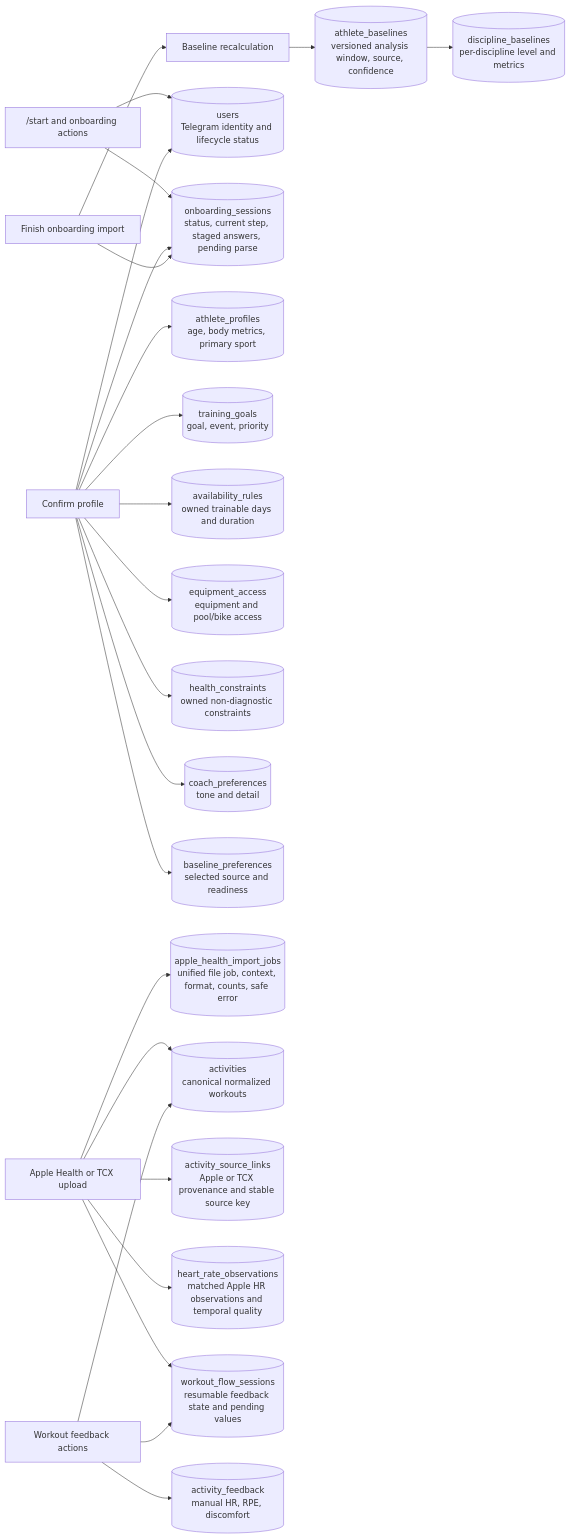
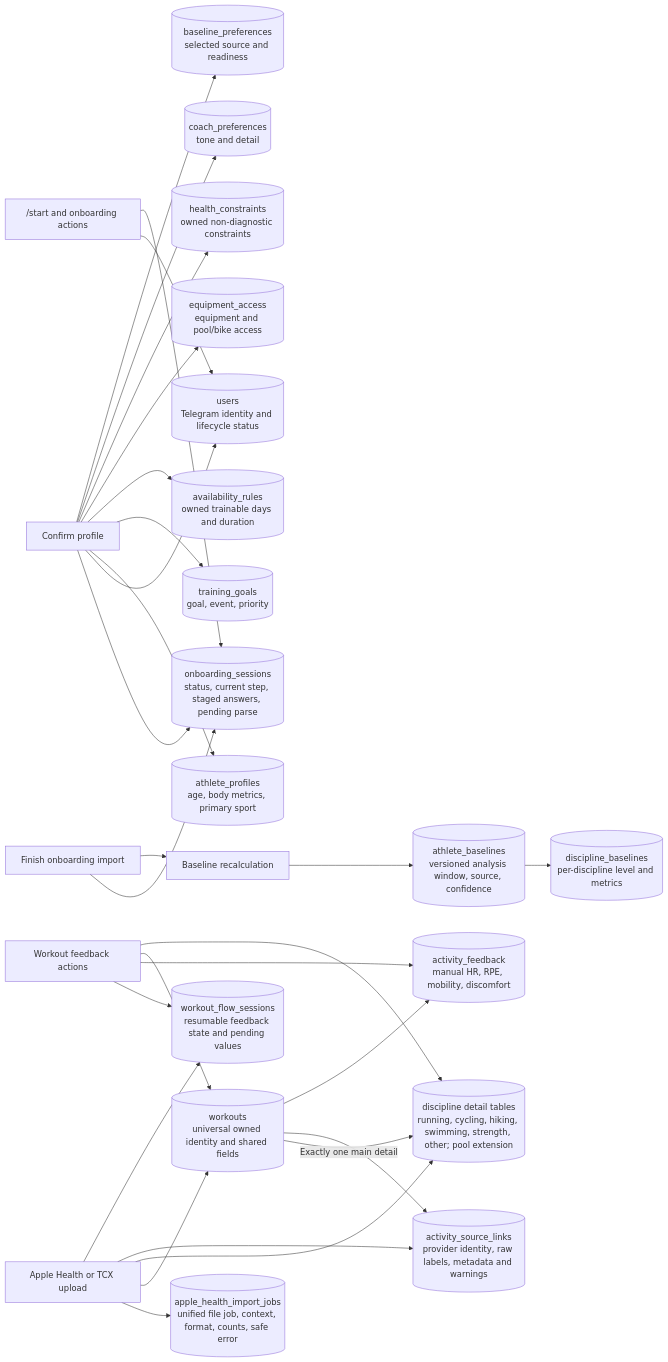
Before and after one commit to tinips/adaptive_training_coach: the seventh of 8 diagrams in docs/current-product-flow.md, drawn with Mermaid. The commit also changed other lines of this file and 52 other files, not shown here.

````diff
--- a/docs/current-product-flow.md
+++ b/docs/current-product-flow.md
@@ -544,51 +613,55 @@
 ```mermaid
 flowchart LR
     p_start["/start and onboarding actions"]
     p_confirm["Confirm profile"]
     p_upload["Apple Health or TCX upload"]
     p_finish["Finish onboarding import"]
     p_feedback["Workout feedback actions"]
     p_baseline["Baseline recalculation"]
 
     t_users[("users<br/>Telegram identity and lifecycle status")]
     t_onboarding[("onboarding_sessions<br/>status, current step, staged answers, pending parse")]
     t_profile[("athlete_profiles<br/>age, body metrics, primary sport")]
     t_goals[("training_goals<br/>goal, event, priority")]
     t_availability[("availability_rules<br/>owned trainable days and duration")]
     t_equipment[("equipment_access<br/>equipment and pool/bike access")]
     t_health[("health_constraints<br/>owned non-diagnostic constraints")]
     t_coach[("coach_preferences<br/>tone and detail")]
     t_pref[("baseline_preferences<br/>selected source and readiness")]
     t_jobs[("apple_health_import_jobs<br/>unified file job, context, format, counts, safe error")]
-    t_activities[("activities<br/>canonical normalized workouts")]
-    t_links[("activity_source_links<br/>Apple or TCX provenance and stable source key")]
-    t_hr[("heart_rate_observations<br/>matched Apple HR observations and temporal quality")]
+    t_workouts[("workouts<br/>universal owned identity and shared fields")]
+    t_details[("discipline detail tables<br/>running, cycling, hiking, swimming, strength, other; pool extension")]
+    t_links[("activity_source_links<br/>provider identity, raw labels, metadata and warnings")]
     t_flow[("workout_flow_sessions<br/>resumable feedback state and pending values")]
-    t_feedback[("activity_feedback<br/>manual HR, RPE, discomfort")]
+    t_feedback[("activity_feedback<br/>manual HR, RPE, mobility, discomfort")]
     t_athlete_base[("athlete_baselines<br/>versioned analysis window, source, confidence")]
     t_discipline[("discipline_baselines<br/>per-discipline level and metrics")]
 
     p_start --> t_users
     p_start --> t_onboarding
     p_confirm --> t_onboarding
     p_confirm --> t_users
     p_confirm --> t_profile
     p_confirm --> t_goals
     p_confirm --> t_availability
     p_confirm --> t_equipment
     p_confirm --> t_health
     p_confirm --> t_coach
     p_confirm --> t_pref
     p_upload --> t_jobs
-    p_upload --> t_activities
+    p_upload --> t_workouts
+    p_upload --> t_details
     p_upload --> t_links
-    p_upload --> t_hr
     p_upload --> t_flow
     p_finish --> t_onboarding
     p_finish --> p_baseline
     p_feedback --> t_flow
     p_feedback --> t_feedback
-    p_feedback --> t_activities
+    p_feedback --> t_workouts
+    p_feedback --> t_details
     p_baseline --> t_athlete_base
     t_athlete_base --> t_discipline
+    t_workouts -->|Exactly one main detail| t_details
+    t_workouts --> t_links
+    t_workouts --> t_feedback
 ```
````
